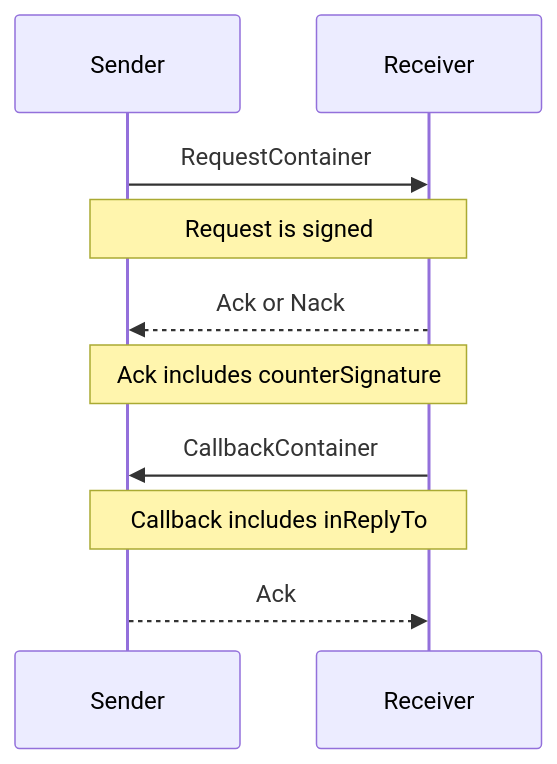
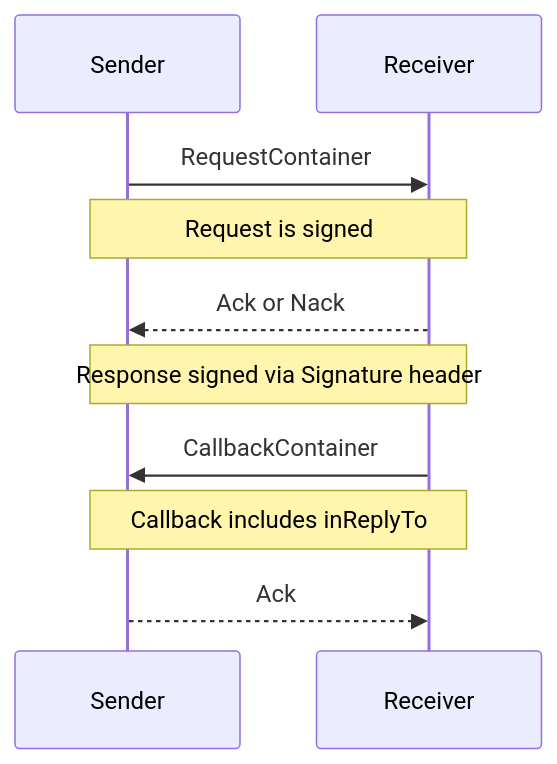
One commit to louislarry/protocol-specifications-v2 changed the third of 4 diagrams in docs/The_Beckn_Protocol_Stack.md. Above: the diagram before and after it, drawn with Mermaid. The commit also changed other lines of this file and 3 other files, not shown here.

````diff
--- a/docs/The_Beckn_Protocol_Stack.md
+++ b/docs/The_Beckn_Protocol_Stack.md
@@ -171,14 +178,14 @@
 ```mermaid
 sequenceDiagram
     participant Sender
     participant Receiver
 
     Sender->>Receiver: RequestContainer
     Note over Sender,Receiver: Request is signed
     Receiver-->>Sender: Ack or Nack
-    Note over Receiver,Sender: Ack includes counterSignature
+    Note over Receiver,Sender: Response signed via Signature header
 
     Receiver->>Sender: CallbackContainer
     Note over Receiver,Sender: Callback includes inReplyTo
     Sender-->>Receiver: Ack
 ```
````
